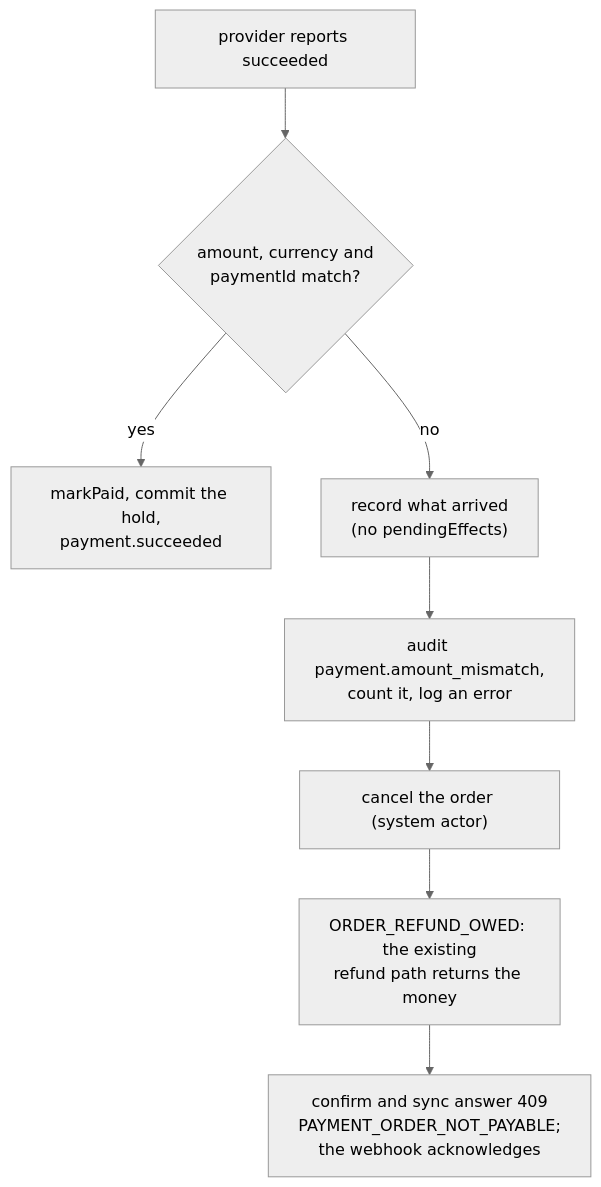
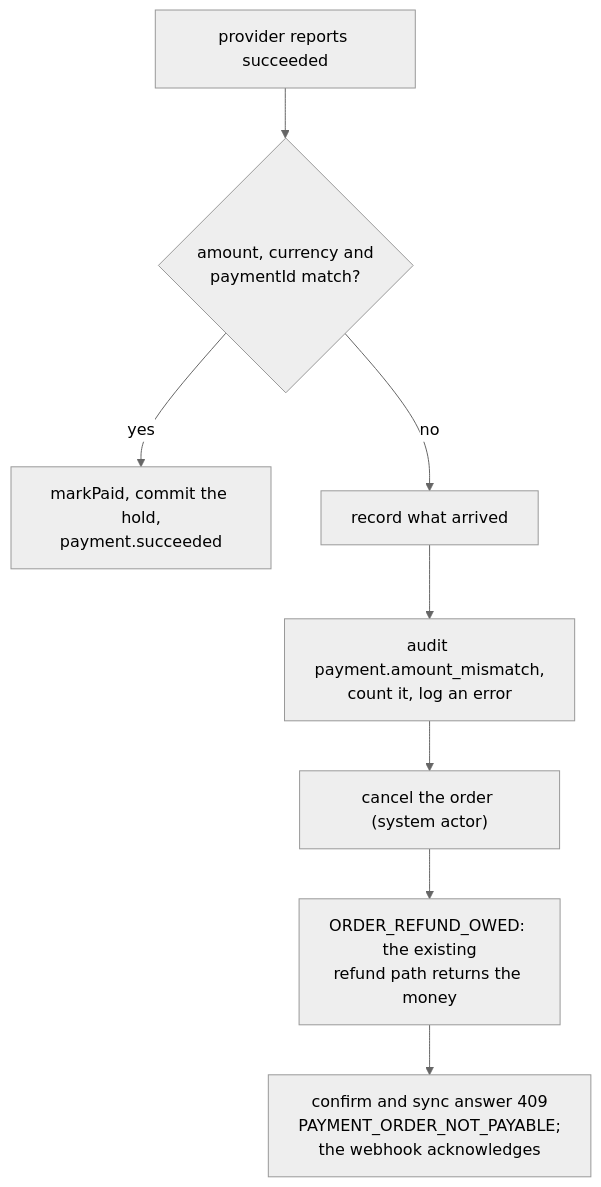
The second of 11 diagrams in docs/modules/payments.md (Guebbit/boilerplate-node-backend), drawn with Mermaid (neutral theme) before and after one commit. The commit also changed other lines of this file and 23 other files, not shown here.

````diff
--- a/docs/modules/payments.md
+++ b/docs/modules/payments.md
@@ -153,10 +153,10 @@
 ```mermaid
 flowchart TD
     S["provider reports succeeded"] --> C{"amount, currency and<br/>paymentId match?"}
     C -->|yes| P["markPaid, commit the hold,<br/>payment.succeeded"]
-    C -->|no| W["record what arrived<br/>(no pendingEffects)"]
+    C -->|no| W["record what arrived"]
     W --> A["audit payment.amount_mismatch,<br/>count it, log an error"]
     A --> X["cancel the order (system actor)"]
     X --> R["ORDER_REFUND_OWED: the existing<br/>refund path returns the money"]
     R --> A409["confirm and sync answer 409<br/>PAYMENT_ORDER_NOT_PAYABLE;<br/>the webhook acknowledges"]
 ```
````
